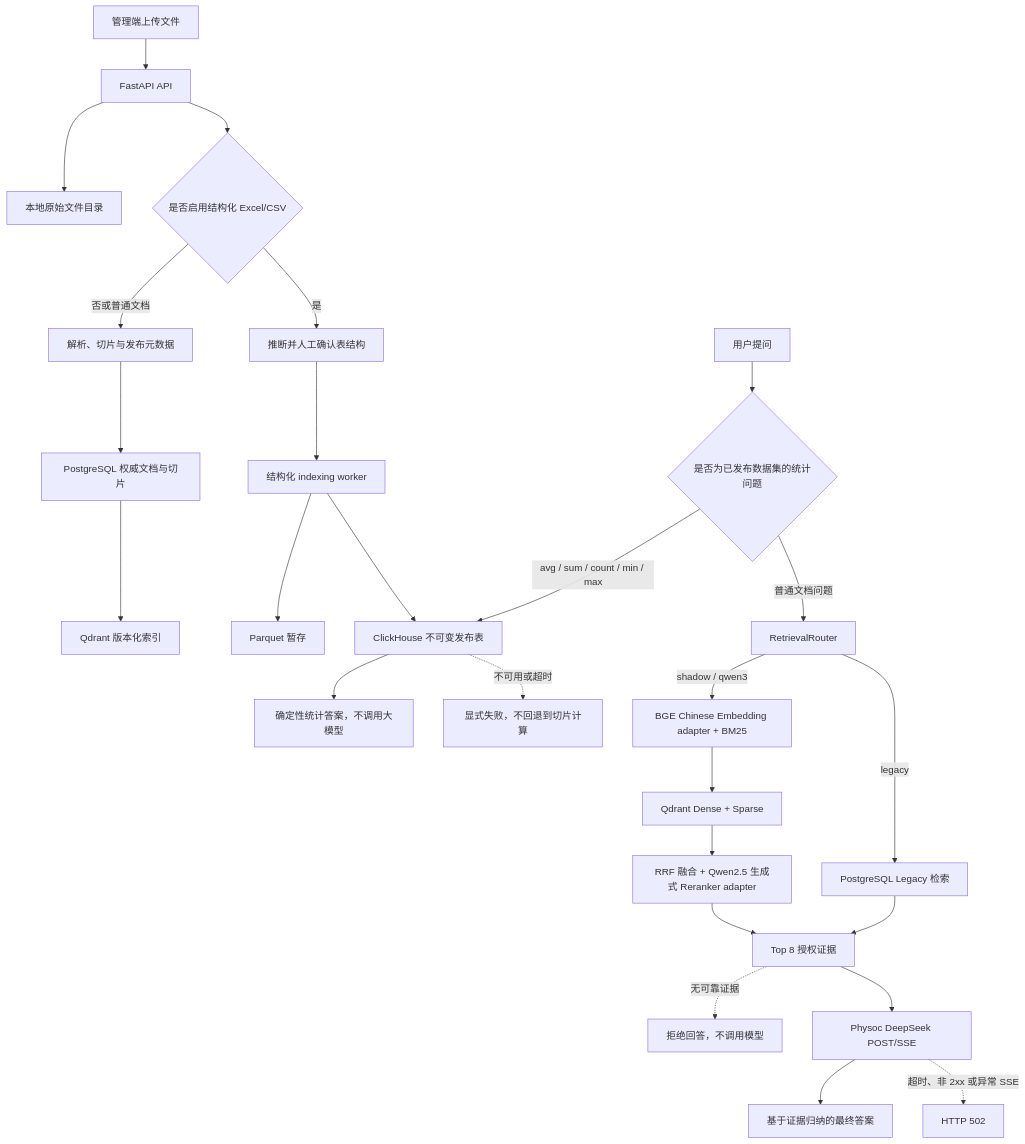
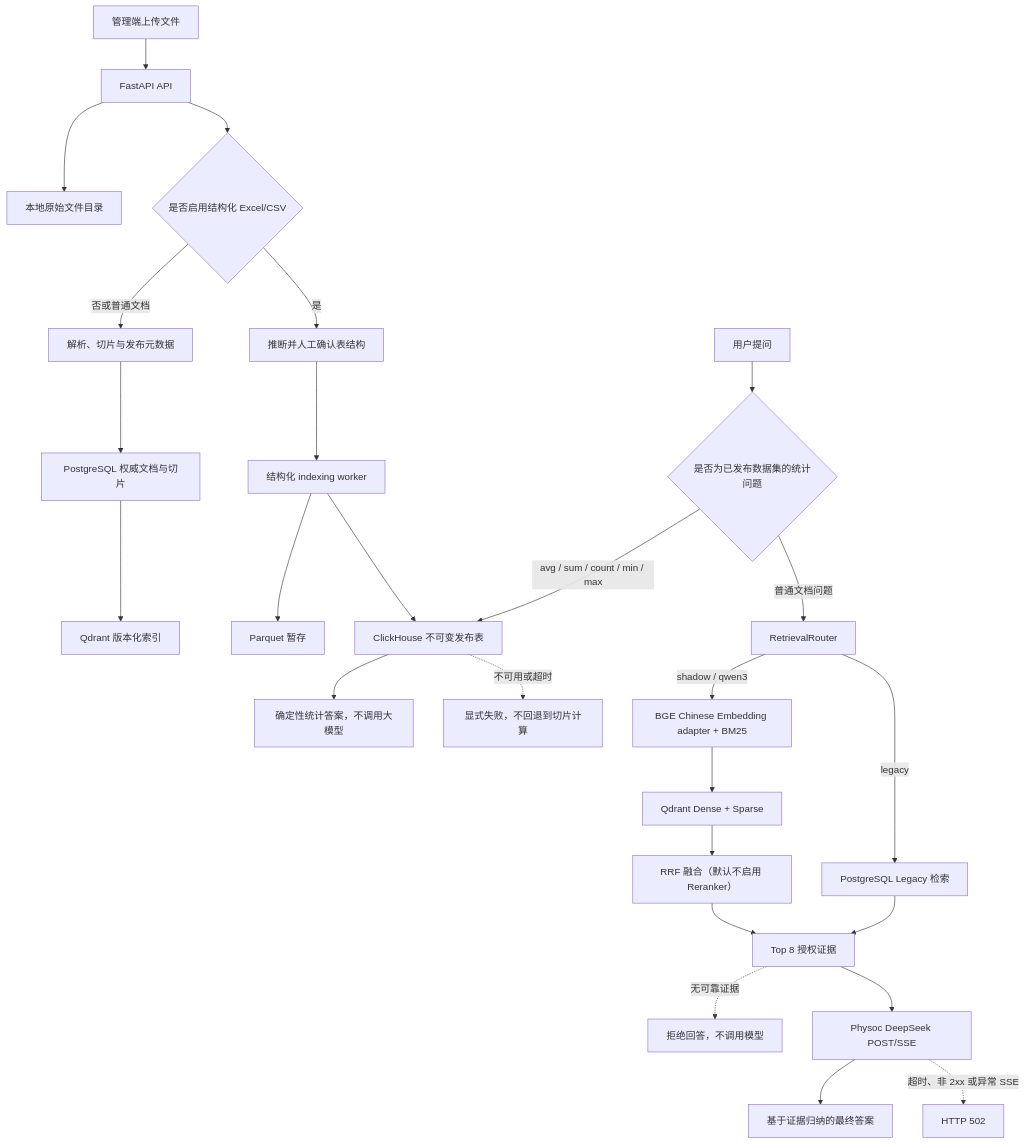
Before and after one commit to weberhyj/DCAgent: the diagram in README.md, drawn with Mermaid. The commit also changed other lines of this file and 6 other files, not shown here.

````diff
--- a/README.md
+++ b/README.md
@@ -222,32 +222,32 @@
 ```mermaid
 flowchart TD
     A["管理端上传文件"] --> B["FastAPI API"]
     B --> C["本地原始文件目录"]
     B --> D{"是否启用结构化 Excel/CSV"}
 
     D -->|"否或普通文档"| E["解析、切片与发布元数据"]
     E --> F["PostgreSQL 权威文档与切片"]
     F --> G["Qdrant 版本化索引"]
 
     D -->|"是"| H["推断并人工确认表结构"]
     H --> I["结构化 indexing worker"]
     I --> J["Parquet 暂存"]
     I --> K["ClickHouse 不可变发布表"]
 
     L["用户提问"] --> M{"是否为已发布数据集的统计问题"}
     M -->|"avg / sum / count / min / max"| K
     K --> N["确定性统计答案，不调用大模型"]
     K -.->|"不可用或超时"| X["显式失败，不回退到切片计算"]
 
     M -->|"普通文档问题"| O["RetrievalRouter"]
     O -->|"legacy"| P0["PostgreSQL Legacy 检索"]
     O -->|"shadow / qwen3"| P1["BGE Chinese Embedding adapter + BM25"]
     P1 --> P2["Qdrant Dense + Sparse"]
-    P2 --> P3["RRF 融合 + Qwen2.5 生成式 Reranker adapter"]
+    P2 --> P3["RRF 融合（默认不启用 Reranker）"]
     P3 --> P["Top 8 授权证据"]
     P0 --> P
     P -.->|"无可靠证据"| Y["拒绝回答，不调用模型"]
     P --> Q["Physoc DeepSeek POST/SSE"]
     Q --> R["基于证据归纳的最终答案"]
     Q -.->|"超时、非 2xx 或异常 SSE"| Z["HTTP 502"]
 ```
````
